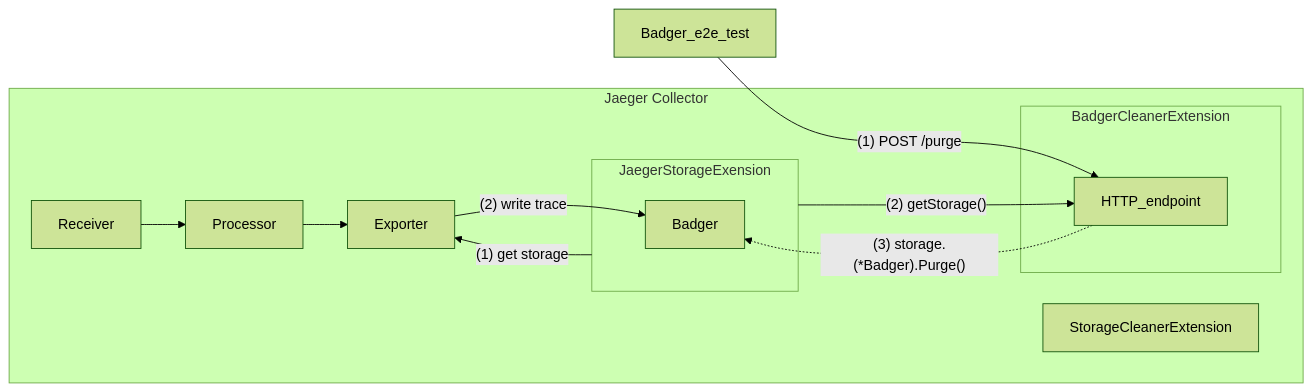
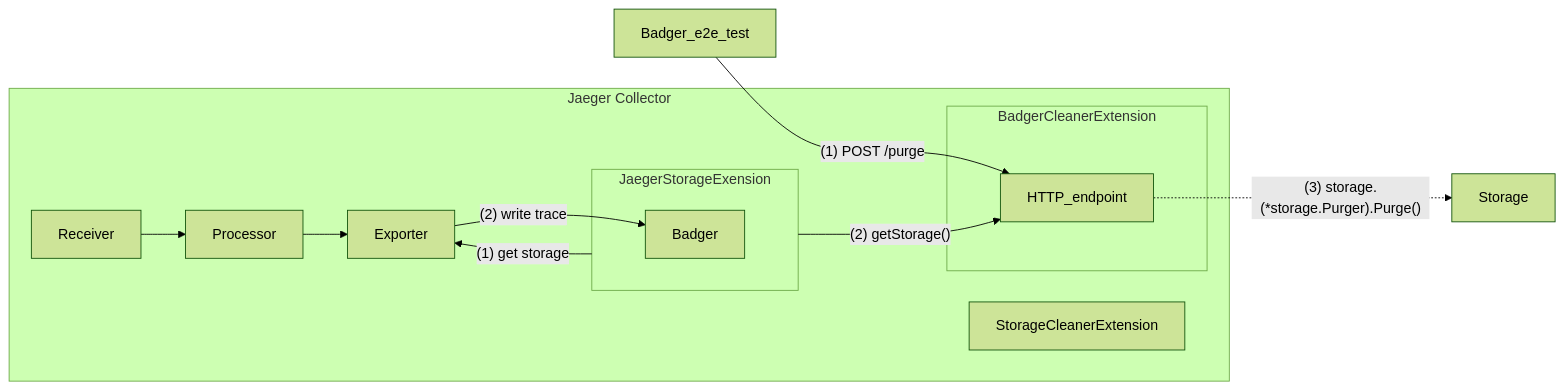
Before and after one commit to jaegertracing/jaeger: the diagram in cmd/jaeger/internal/integration/storagecleaner/README.md, drawn with Mermaid (forest theme).

````diff
--- a/cmd/jaeger/internal/integration/storagecleaner/README.md
+++ b/cmd/jaeger/internal/integration/storagecleaner/README.md
@@ -8,27 +8,27 @@
 ```mermaid
 flowchart LR
     Receiver --> Processor
     Processor --> Exporter
     JaegerStorageExension -->|"(1) get storage"| Exporter
     Exporter -->|"(2) write trace"| Badger
 
     Badger_e2e_test -->|"(1) POST /purge"| HTTP_endpoint
     JaegerStorageExension -->|"(2) getStorage()"| HTTP_endpoint
-    HTTP_endpoint -.->|"(3) storage.(*Badger).Purge()"| Badger
+    HTTP_endpoint -.->|"(3) storage.(*storage.Purger).Purge()"| Storage
 
     subgraph Jaeger Collector
         Receiver
         Processor
         Exporter
         
         Badger
         StorageCleanerExtension
         HTTP_endpoint
         subgraph JaegerStorageExension
             Badger
         end
         subgraph BadgerCleanerExtension
             HTTP_endpoint
         end
     end
 ```
````
